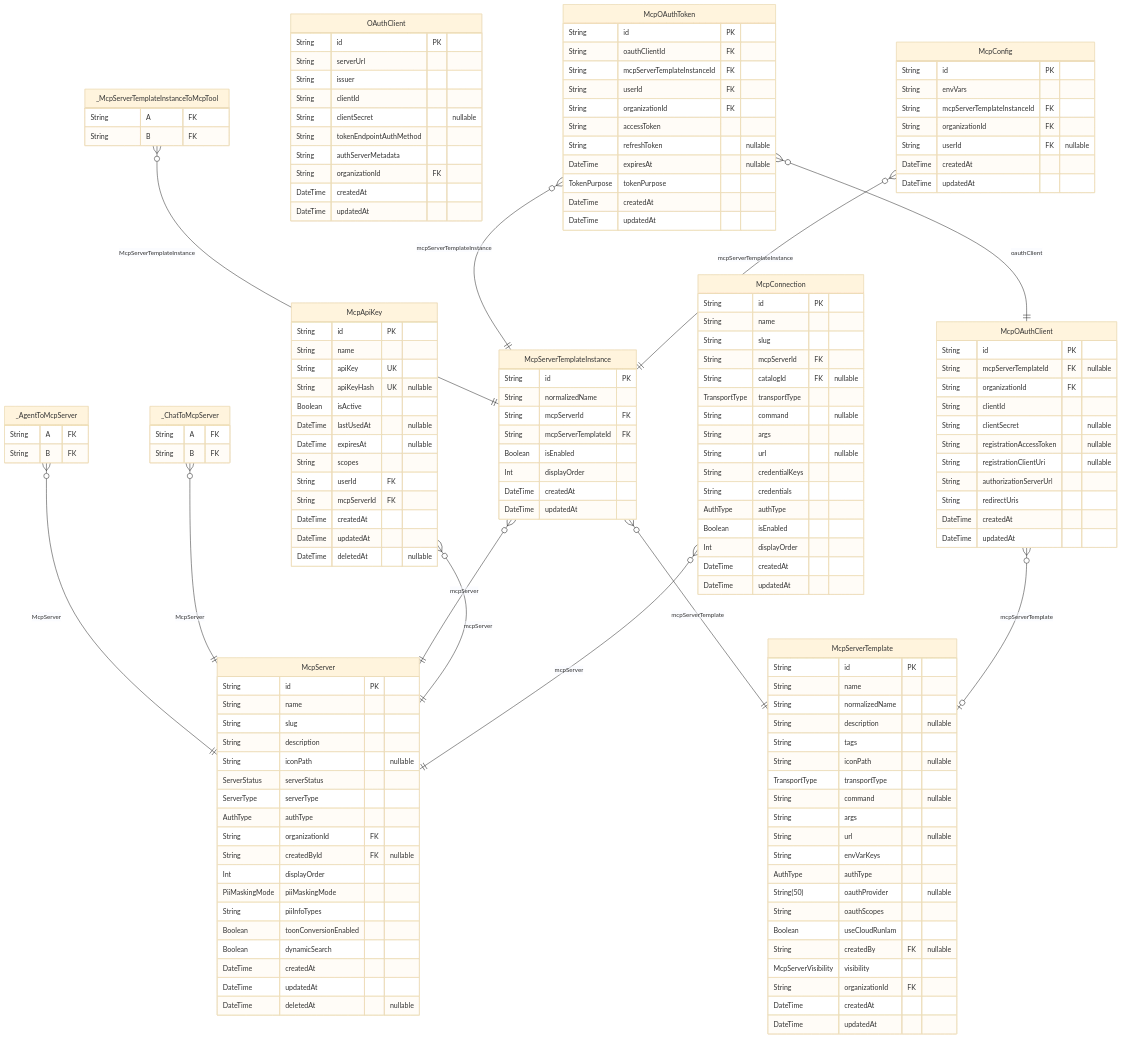
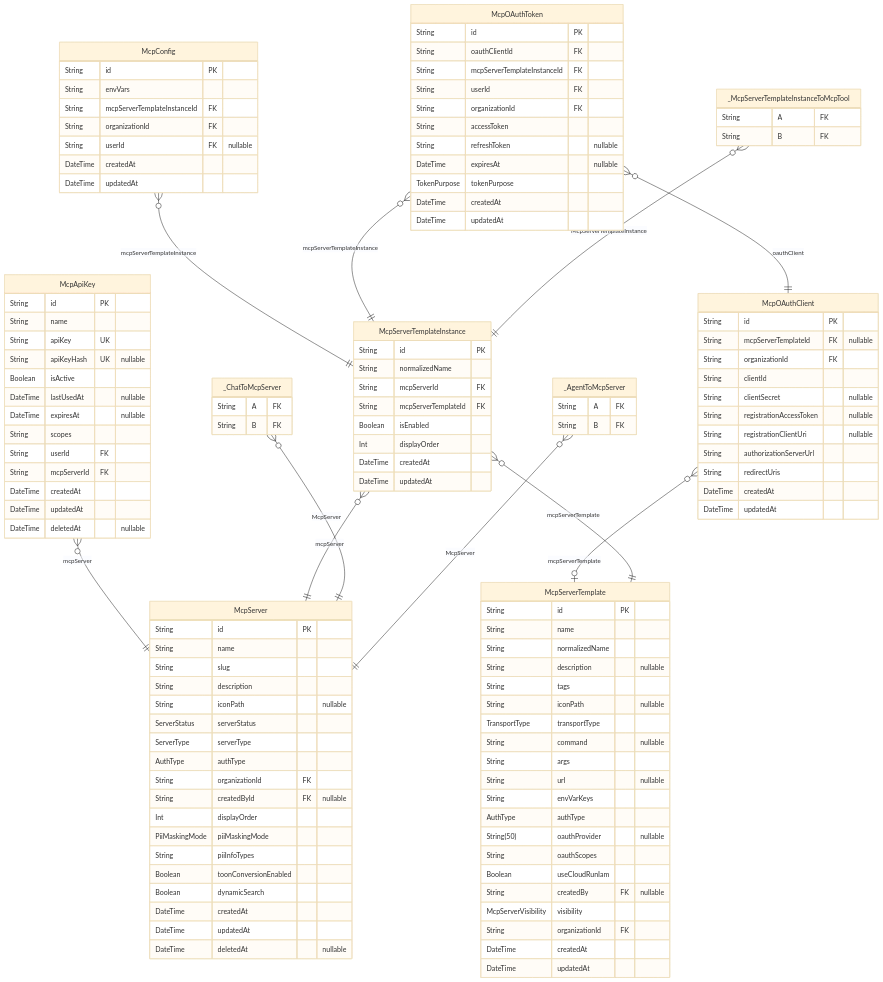
The eighth of 10 diagrams in packages/db/prisma/README.md (rayven122/tumiki), drawn with Mermaid (base theme) before and after one commit. The commit also changed other lines of this file and 12 other files, not shown here.

Commit message:
Revert packages db catalog schema changes

```diff
--- a/packages/db/prisma/README.md
+++ b/packages/db/prisma/README.md
@@ -697,24 +647,6 @@
   String mcpServerTemplateInstanceId FK
   String organizationId FK
   String userId FK "nullable"
-  DateTime createdAt
-  DateTime updatedAt
-}
-"McpConnection" {
-  String id PK
-  String name
-  String slug
-  String mcpServerId FK
-  String catalogId FK "nullable"
-  TransportType transportType
-  String command "nullable"
-  String args
-  String url "nullable"
-  String credentialKeys
-  String credentials
-  AuthType authType
-  Boolean isEnabled
-  Int displayOrder
   DateTime createdAt
   DateTime updatedAt
 }
@@ -737,18 +669,6 @@
   DateTime createdAt
   DateTime updatedAt
   DateTime deletedAt "nullable"
-}
-"OAuthClient" {
-  String id PK
-  String serverUrl
-  String issuer
-  String clientId
-  String clientSecret "nullable"
-  String tokenEndpointAuthMethod
-  String authServerMetadata
-  String organizationId FK
-  DateTime createdAt
-  DateTime updatedAt
 }
 "McpApiKey" {
   String id PK
@@ -836,7 +756,6 @@
   String B FK
 }
 "McpConfig" }o--|| "McpServerTemplateInstance" : mcpServerTemplateInstance
-"McpConnection" }o--|| "McpServer" : mcpServer
 "McpApiKey" }o--|| "McpServer" : mcpServer
 "McpOAuthClient" }o--o| "McpServerTemplate" : mcpServerTemplate
 "McpOAuthToken" }o--|| "McpOAuthClient" : oauthClient
```
